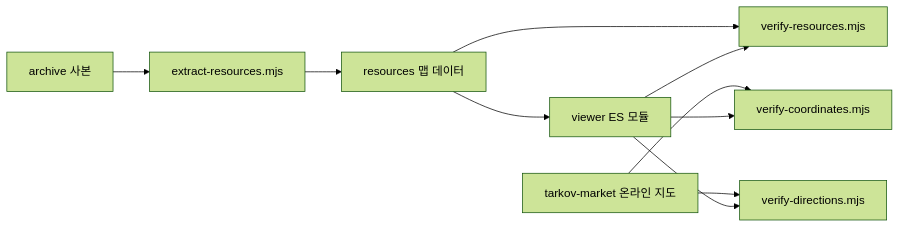
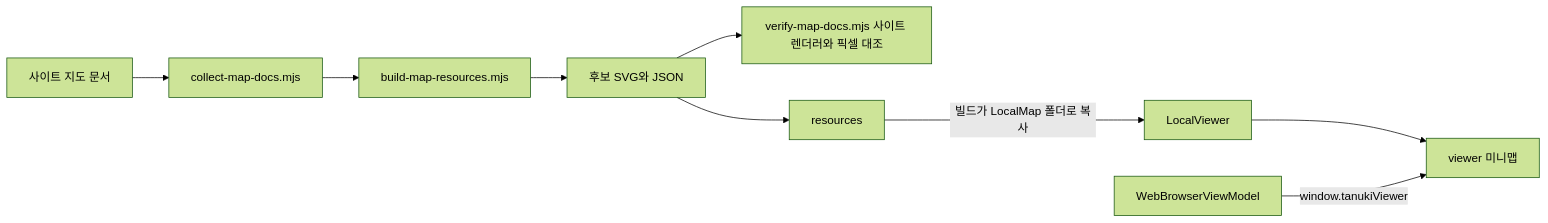
The seventh of 9 diagrams in PROJECT.md (siakun/TanukiTarkovMap), drawn with Mermaid (forest theme) before and after one commit. The commit also changed other lines of this file and 268 other files, not shown here.

````diff
--- a/PROJECT.md
+++ b/PROJECT.md
@@ -336,12 +341,11 @@
 ```mermaid
 flowchart LR
-    ARCHIVE[archive 사본] --> EXTRACT[extract-resources.mjs]
-    EXTRACT --> RESOURCES[resources 맵 데이터]
-    RESOURCES --> VIEWER[viewer ES 모듈]
-    RESOURCES --> VERIFY[verify-resources.mjs]
-    VIEWER --> VERIFY
-    ONLINE[tarkov-market 온라인 지도] --> COORDS[verify-coordinates.mjs]
-    VIEWER --> COORDS
-    ONLINE --> DIRECTIONS[verify-directions.mjs]
-    VIEWER --> DIRECTIONS
+    SITE[사이트 지도 문서] --> COLLECT[collect-map-docs.mjs]
+    COLLECT --> BUILD[build-map-resources.mjs]
+    BUILD --> CANDIDATE[후보 SVG와 JSON]
+    CANDIDATE --> COMPARE[verify-map-docs.mjs 사이트 렌더러와 픽셀 대조]
+    CANDIDATE --> RESOURCES[resources]
+    RESOURCES -->|빌드가 LocalMap 폴더로 복사| LV[LocalViewer]
+    LV --> VIEWER[viewer 미니맵]
+    HOST[WebBrowserViewModel] -->|window.tanukiViewer| VIEWER
 ```
````
